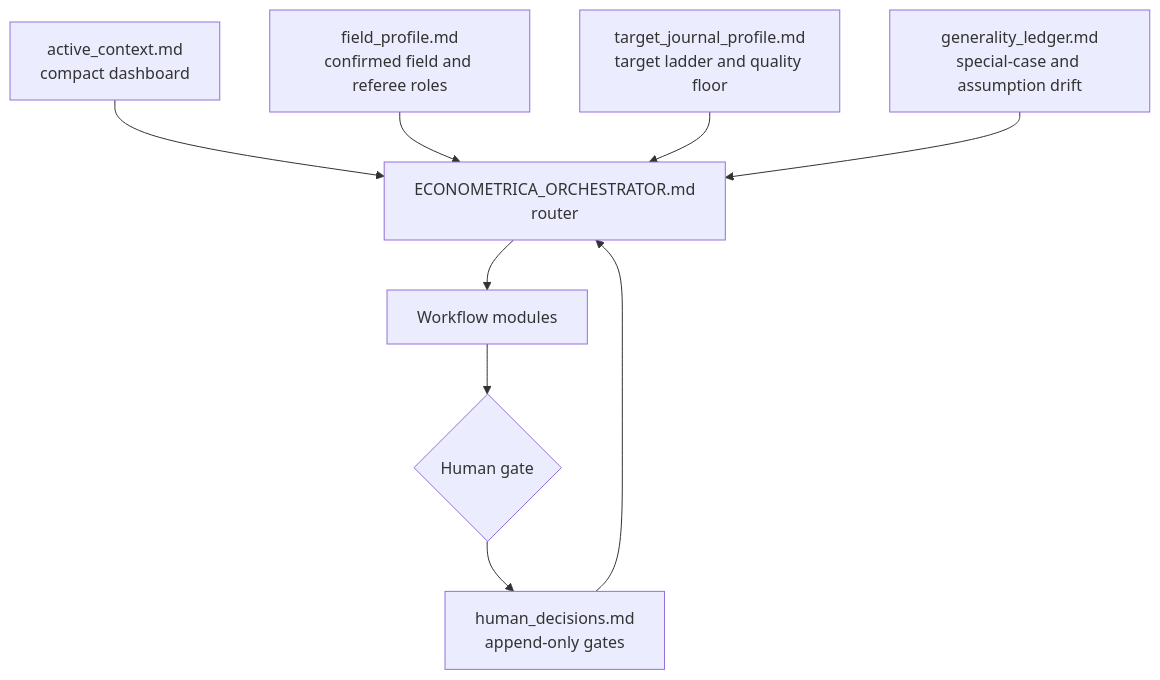
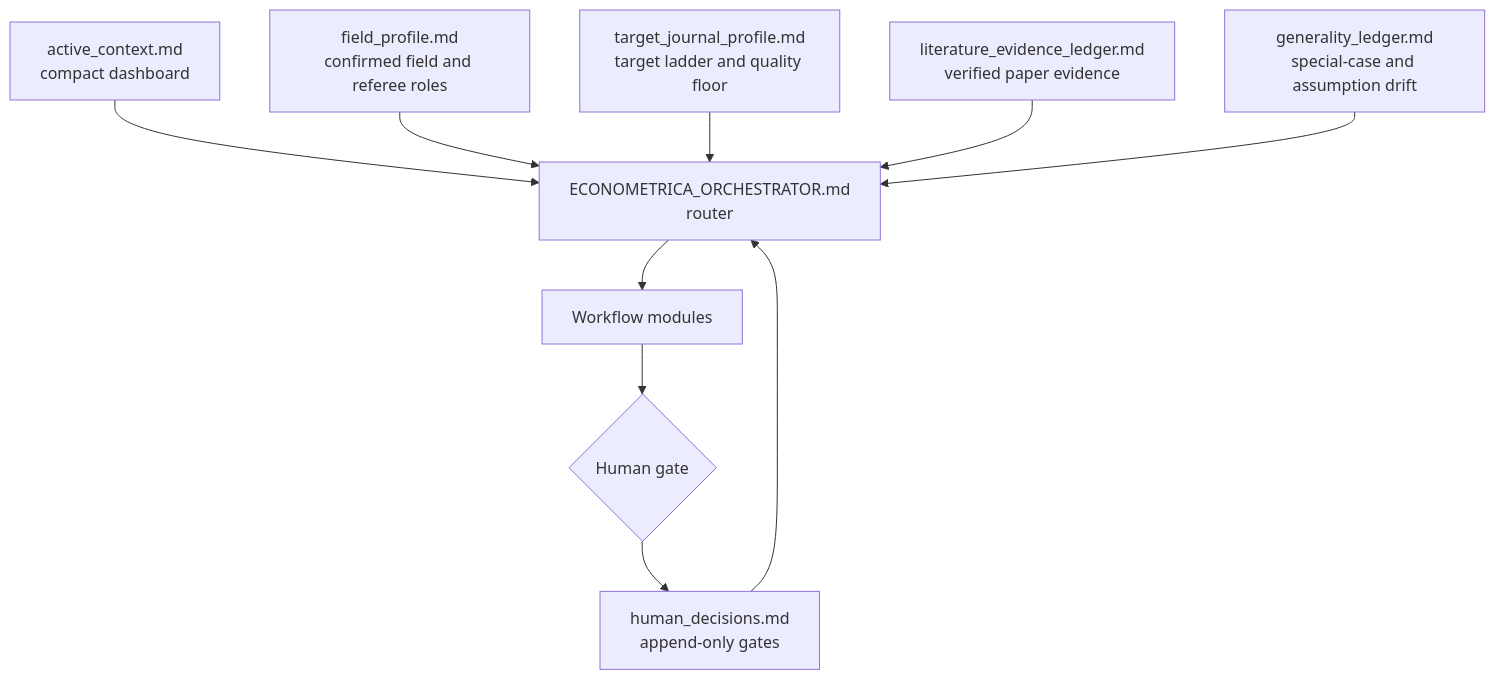
The second of 2 diagrams in README.md (viplee110/econ-theorist-ai), drawn with Mermaid before and after one commit. The commit also changed other lines of this file and 8 other files, not shown here.

````diff
--- a/README.md
+++ b/README.md
@@ -52,11 +52,12 @@
 ```mermaid
 flowchart TD
     AC["active_context.md<br/>compact dashboard"] --> OR["ECONOMETRICA_ORCHESTRATOR.md<br/>router"]
     HD["human_decisions.md<br/>append-only gates"] --> OR
     FP["field_profile.md<br/>confirmed field and referee roles"] --> OR
     TJ["target_journal_profile.md<br/>target ladder and quality floor"] --> OR
+    LE["literature_evidence_ledger.md<br/>verified paper evidence"] --> OR
     GL["generality_ledger.md<br/>special-case and assumption drift"] --> OR
     OR --> WG["Workflow modules"]
     WG --> HP{"Human gate"}
     HP --> HD
 ```
````
